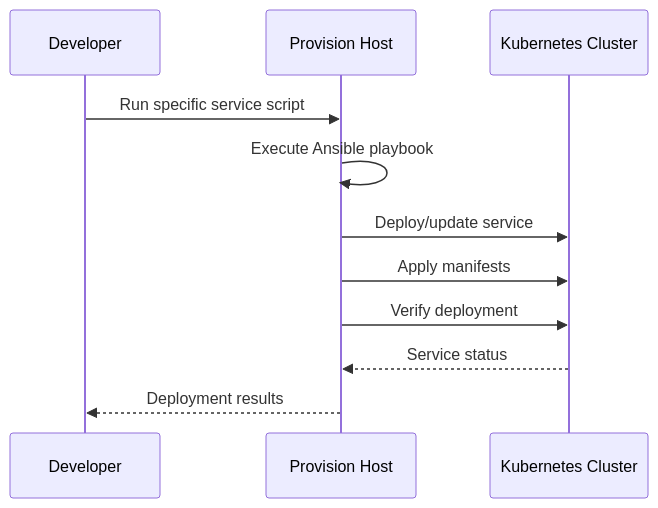
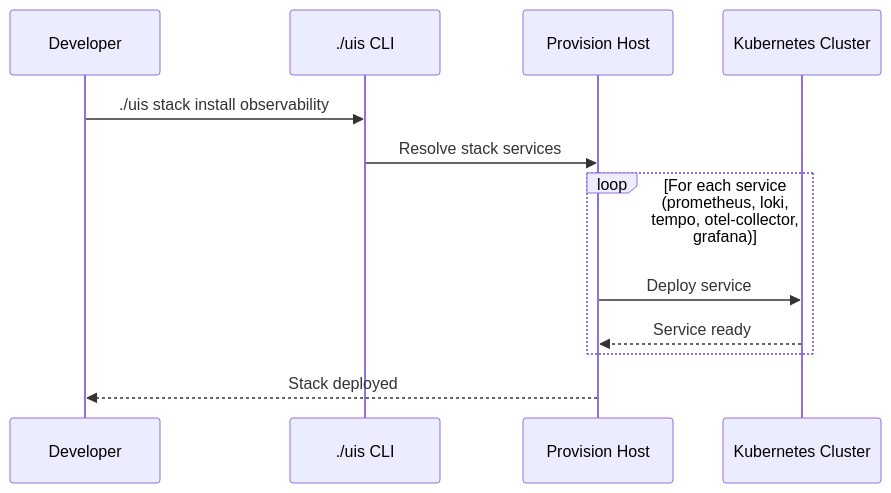
The third of 4 diagrams in website/docs/getting-started/architecture.md (terchris/urbalurba-infrastructure), drawn with Mermaid before and after one commit. The commit also changed other lines of this file, not shown here.

First line of the commit message:
docs: rewrite architecture page with current ./uis CLI workflow

````diff
--- a/website/docs/getting-started/architecture.md
+++ b/website/docs/getting-started/architecture.md
@@ -168,14 +116,15 @@
 ```mermaid
 sequenceDiagram
     participant Dev as Developer
+    participant CLI as ./uis CLI
     participant PH as Provision Host
     participant K8s as Kubernetes Cluster
 
-    Dev->>PH: Run specific service script
-    PH->>PH: Execute Ansible playbook
-    PH->>K8s: Deploy/update service
-    PH->>K8s: Apply manifests
-    PH->>K8s: Verify deployment
-    K8s-->>PH: Service status
-    PH-->>Dev: Deployment results
+    Dev->>CLI: ./uis stack install observability
+    CLI->>PH: Resolve stack services
+    loop For each service (prometheus, loki, tempo, otel-collector, grafana)
+        PH->>K8s: Deploy service
+        K8s-->>PH: Service ready
+    end
+    PH-->>Dev: Stack deployed
 ```
````
